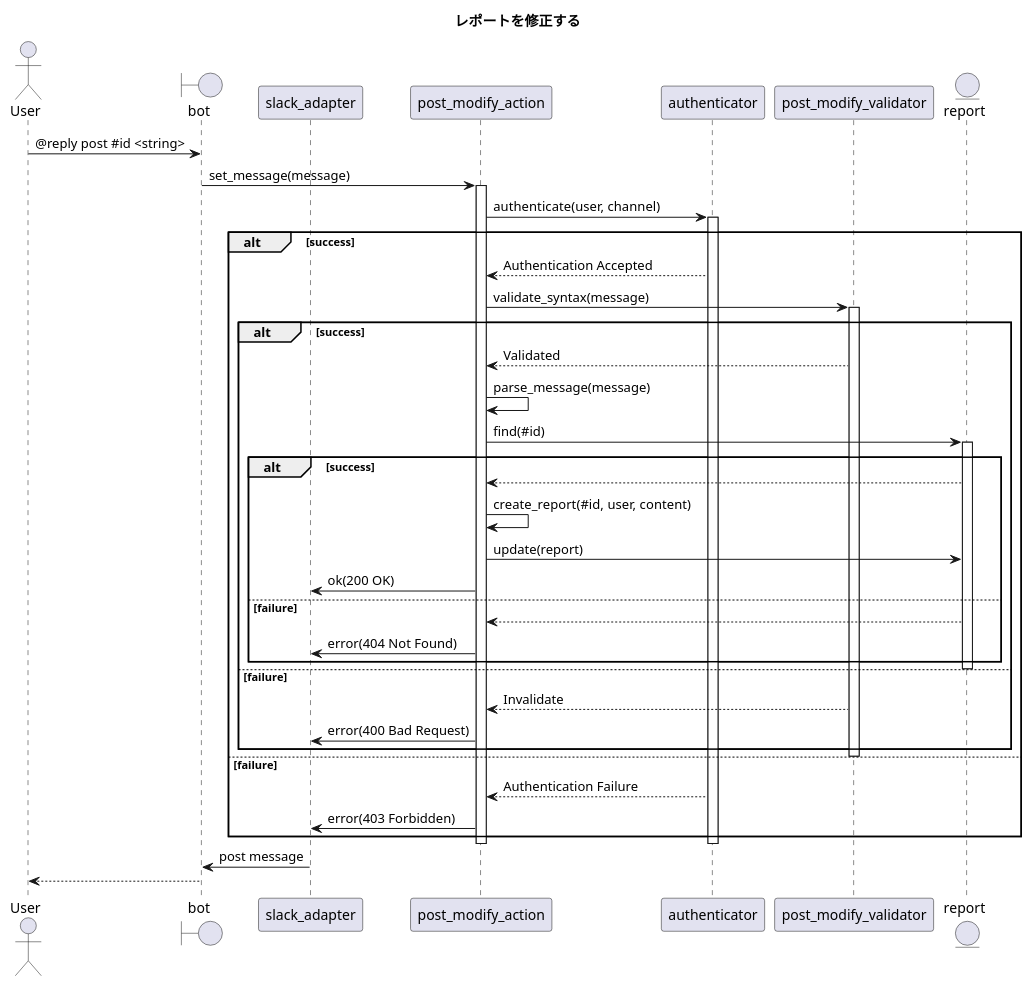
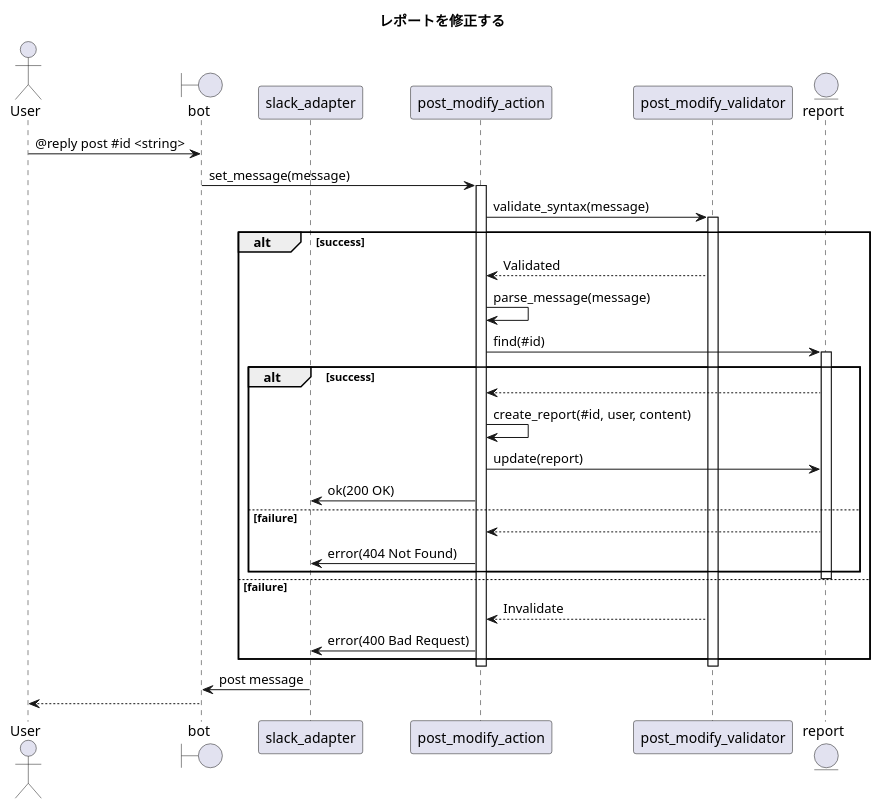
One commit to ito-masam/kpt-guard.doc changed the diagram in 1.design/5.sequences/post-report-modify.md. Above: the diagram before and after it, drawn with PlantUML. The commit also changed 15 other files, not shown here.

```diff
--- a/1.design/5.sequences/post-report-modify.md
+++ b/1.design/5.sequences/post-report-modify.md
@@ -1,55 +1,44 @@
 @startuml
 
     ' ----------- meta
     title レポートを修正する
 
     actor User
     boundary bot
     participant slack_adapter
     participant post_modify_action
-    participant authenticator
     participant post_modify_validator
     entity report
 
     ' ----------- main
     User -> bot : @reply post #id <string>
     bot -> post_modify_action : set_message(message)
     activate post_modify_action
-      post_modify_action -> authenticator : authenticate(user, channel)
-      activate authenticator
-        alt success
-          authenticator --> post_modify_action : Authentication Accepted
-          post_modify_action -> post_modify_validator : validate_syntax(message)
-          activate post_modify_validator
+        post_modify_action -> post_modify_validator : validate_syntax(message)
+        activate post_modify_validator
             alt success
-              post_modify_validator --> post_modify_action : Validated
-              post_modify_action -> post_modify_action : parse_message(message)
-              post_modify_action -> report : find(#id)
-              activate report
-                alt success
-                  report --> post_modify_action
-                  post_modify_action -> post_modify_action : create_report(#id, user, content)
-                  post_modify_action -> report : update(report)
-                  post_modify_action -> slack_adapter : ok(200 OK)
-                else failure
-                  report --> post_modify_action
-                  post_modify_action -> slack_adapter : error(404 Not Found)
-                end
-              deactivate report
+                post_modify_validator --> post_modify_action : Validated
+                post_modify_action -> post_modify_action : parse_message(message)
+                post_modify_action -> report : find(#id)
+                activate report
+                    alt success
+                        report --> post_modify_action
+                        post_modify_action -> post_modify_action : create_report(#id, user, content)
+                        post_modify_action -> report : update(report)
+                        post_modify_action -> slack_adapter : ok(200 OK)
+                    else failure
+                        report --> post_modify_action
+                        post_modify_action -> slack_adapter : error(404 Not Found)
+                    end
+                deactivate report
             else failure
-              ' ----------- alternative
-              post_modify_validator --> post_modify_action : Invalidate
-              post_modify_action -> slack_adapter : error(400 Bad Request)
+                ' ----------- alternative
+                post_modify_validator --> post_modify_action : Invalidate
+                post_modify_action -> slack_adapter : error(400 Bad Request)
             end
-          deactivate post_modify_validator
-        else failure
-          ' ----------- alternative
-          authenticator --> post_modify_action : Authentication Failure
-          post_modify_action -> slack_adapter : error(403 Forbidden)
-        end
-      deactivate authenticator
+        deactivate post_modify_validator
     deactivate post_modify_action
     slack_adapter -> bot : post message
     bot --> User
 
 @enduml
```
